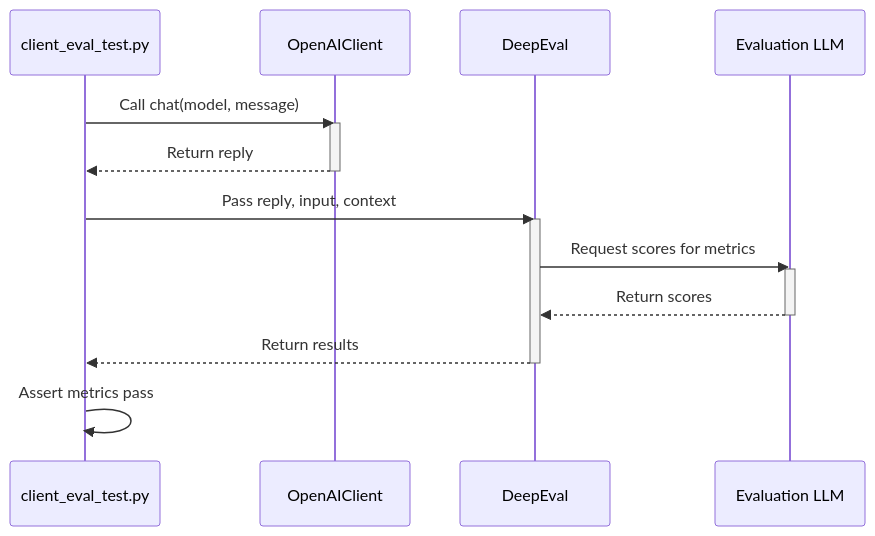
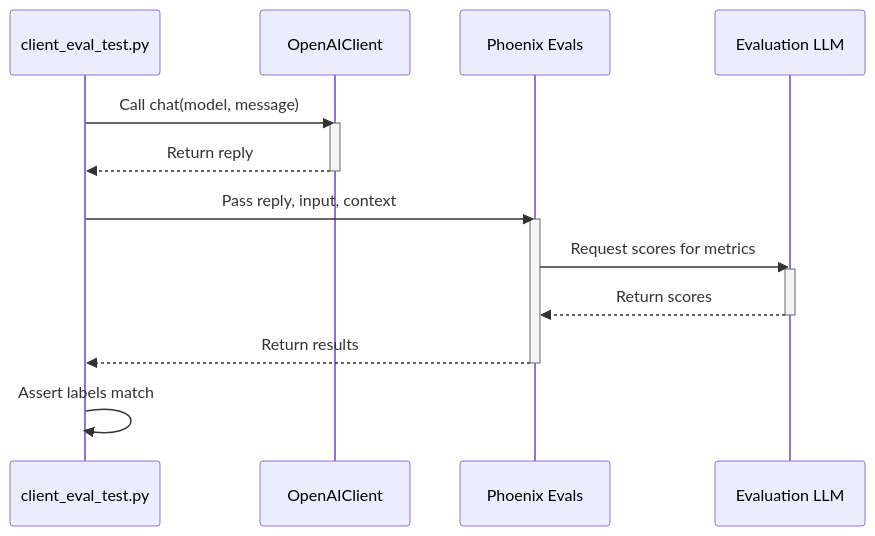
Before and after one commit to elastic/testing-genai-applications: the diagram in 07-eval/README.md, drawn with Mermaid. The commit also changed other lines of this file and 25 other files, not shown here.

````diff
--- a/07-eval/README.md
+++ b/07-eval/README.md
@@ -8,21 +8,21 @@
 ```mermaid
 sequenceDiagram
     participant Test as client_eval_test.py
     participant Client as OpenAIClient
-    participant DeepEval
+    participant Phoenix Evals
     participant LLM as Evaluation LLM
 
     Test ->> Client: Call chat(model, message)
     activate Client
     Client -->> Test: Return reply
     deactivate Client
-    Test ->> DeepEval: Pass reply, input, context
-    activate DeepEval
-    DeepEval ->> LLM: Request scores for metrics
+    Test ->> Phoenix Evals: Pass reply, input, context
+    activate Phoenix Evals
+    Phoenix Evals ->> LLM: Request scores for metrics
     activate LLM
-    LLM -->> DeepEval: Return scores
+    LLM -->> Phoenix Evals: Return scores
     deactivate LLM
-    DeepEval -->> Test: Return results
-    deactivate DeepEval
-    Test ->> Test: Assert metrics pass
+    Phoenix Evals -->> Test: Return results
+    deactivate Phoenix Evals
+    Test ->> Test: Assert labels match
 ```
````
